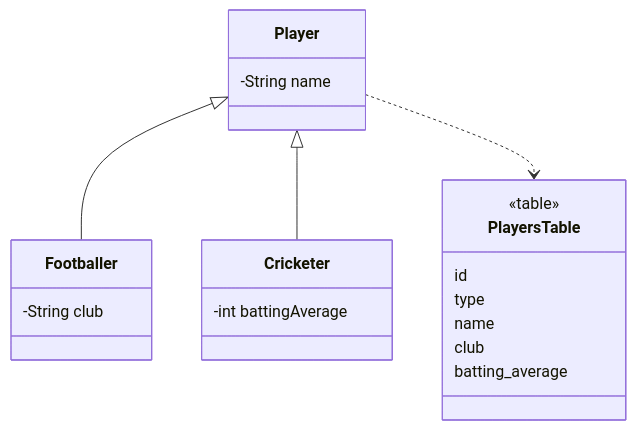
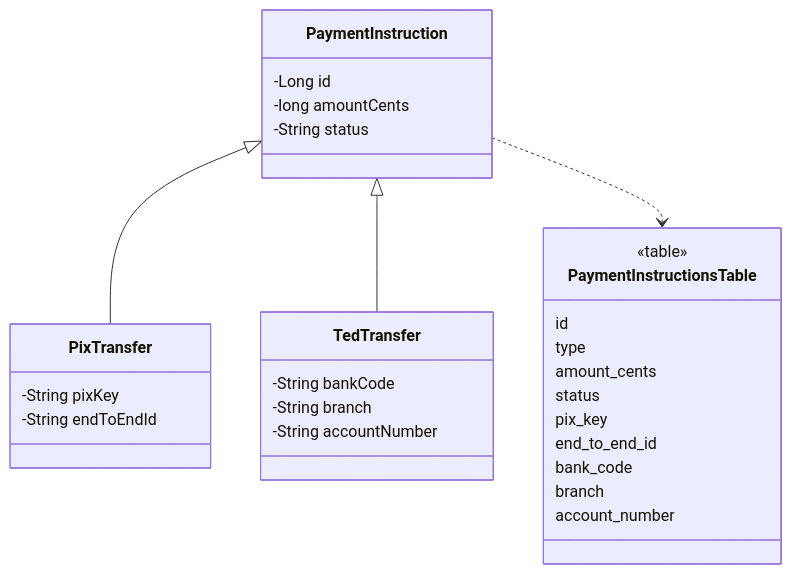
The diagram in docs/design/poeaa/object-relational-structural/single-table-inheritance.md (alancesar/design-patterns), drawn with Mermaid before and after one commit. The commit also changed other lines of this file and 95 other files, not shown here.

First line of the commit message:
Switch PoEAA examples and diagrams to fintech scenarios

````diff
--- a/docs/design/poeaa/object-relational-structural/single-table-inheritance.md
+++ b/docs/design/poeaa/object-relational-structural/single-table-inheritance.md
@@ -51,23 +51,32 @@
 ```mermaid
 classDiagram
-    class Player {
-        -String name
+    class PaymentInstruction {
+        -Long id
+        -long amountCents
+        -String status
     }
-    class Footballer {
-        -String club
+    class PixTransfer {
+        -String pixKey
+        -String endToEndId
     }
-    class Cricketer {
-        -int battingAverage
+    class TedTransfer {
+        -String bankCode
+        -String branch
+        -String accountNumber
     }
-    class PlayersTable {
+    class PaymentInstructionsTable {
         <<table>>
         id
         type
-        name
-        club
-        batting_average
+        amount_cents
+        status
+        pix_key
+        end_to_end_id
+        bank_code
+        branch
+        account_number
     }
-    Player <|-- Footballer
-    Player <|-- Cricketer
-    Player ..> PlayersTable
+    PaymentInstruction <|-- PixTransfer
+    PaymentInstruction <|-- TedTransfer
+    PaymentInstruction ..> PaymentInstructionsTable
 ```
````
